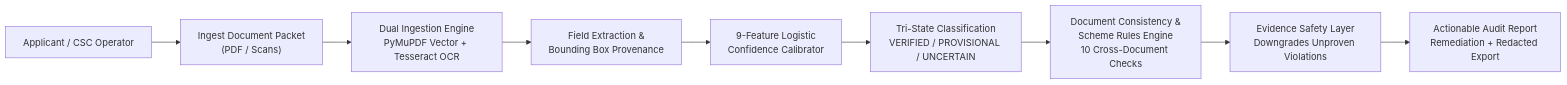
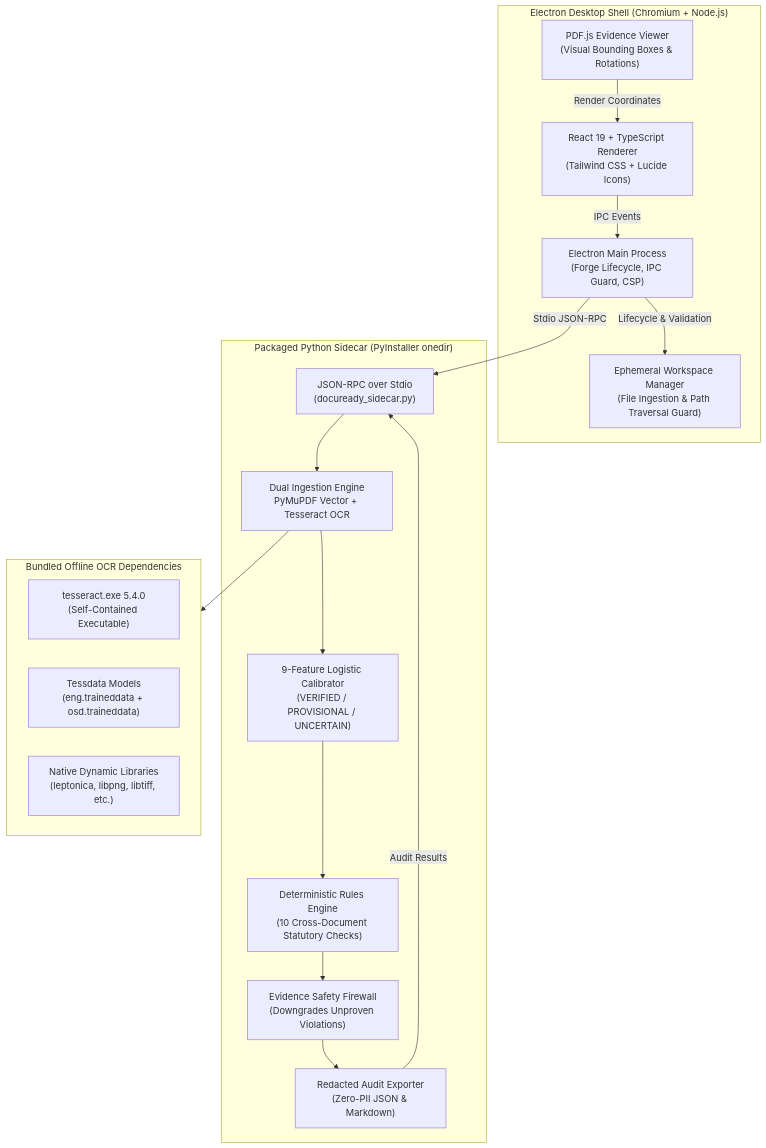
The diagram in README.md (Algoryxz/DocuReady), drawn with Mermaid before and after one commit. The commit also changed other lines of this file and 11 other files, not shown here.

Commit message:
feat(packaging): windows release hardening, bundled OCR runtime, packaging fixes & comprehensive README

````diff
--- a/README.md
+++ b/README.md
@@ -23,11 +44,36 @@
 ```mermaid
-flowchart LR
-    Applicant["Applicant / CSC Operator"] --> Upload["Ingest Document Packet<br/>(PDF / Scans)"]
-    Upload --> Ingest["Dual Ingestion Engine<br/>PyMuPDF Vector + Tesseract OCR"]
-    Ingest --> Provenance["Field Extraction &<br/>Bounding Box Provenance"]
-    Provenance --> Calibrator["9-Feature Logistic<br/>Confidence Calibrator"]
-    Calibrator --> TriState["Tri-State Classification<br/>VERIFIED / PROVISIONAL / UNCERTAIN"]
-    TriState --> Rules["Document Consistency &<br/>Scheme Rules Engine<br/>10 Cross-Document Checks"]
-    Rules --> Safety["Evidence Safety Layer<br/>Downgrades Unproven Violations"]
-    Safety --> AuditReport["Actionable Audit Report<br/>Remediation + Redacted Export"]
+flowchart TD
+    subgraph Electron_Shell["Electron Desktop Shell (Chromium + Node.js)"]
+        UI["React 19 + TypeScript Renderer<br/>(Tailwind CSS + Lucide Icons)"]
+        PDFViewer["PDF.js Evidence Viewer<br/>(Visual Bounding Boxes & Rotations)"]
+        Main["Electron Main Process<br/>(Forge Lifecycle, IPC Guard, CSP)"]
+        Workspace["Ephemeral Workspace Manager<br/>(File Ingestion & Path Traversal Guard)"]
+    end
+
+    subgraph Sidecar_Runtime["Packaged Python Sidecar (PyInstaller onedir)"]
+        Protocol["JSON-RPC over Stdio<br/>(docuready_sidecar.py)"]
+        Ingest["Dual Ingestion Engine<br/>PyMuPDF Vector + Tesseract OCR"]
+        Calibrator["9-Feature Logistic Calibrator<br/>(VERIFIED / PROVISIONAL / UNCERTAIN)"]
+        Rules["Deterministic Rules Engine<br/>(10 Cross-Document Statutory Checks)"]
+        Safety["Evidence Safety Firewall<br/>(Downgrades Unproven Violations)"]
+        Exporter["Redacted Audit Exporter<br/>(Zero-PII JSON & Markdown)"]
+    end
+
+    subgraph Bundled_OCR["Bundled Offline OCR Dependencies"]
+        TessBin["tesseract.exe 5.4.0<br/>(Self-Contained Executable)"]
+        TessData["Tessdata Models<br/>(eng.traineddata + osd.traineddata)"]
+        TessLibs["Native Dynamic Libraries<br/>(leptonica, libpng, libtiff, etc.)"]
+    end
+
+    UI -->|IPC Events| Main
+    PDFViewer -->|Render Coordinates| UI
+    Main -->|Lifecycle & Validation| Workspace
+    Main -->|Stdio JSON-RPC| Protocol
+    Protocol --> Ingest
+    Ingest --> Bundled_OCR
+    Ingest --> Calibrator
+    Calibrator --> Rules
+    Rules --> Safety
+    Safety --> Exporter
+    Exporter -->|Audit Results| Protocol
 ```
````
